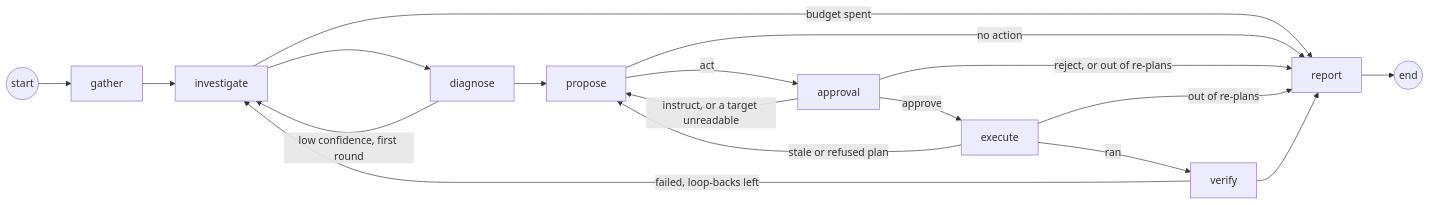
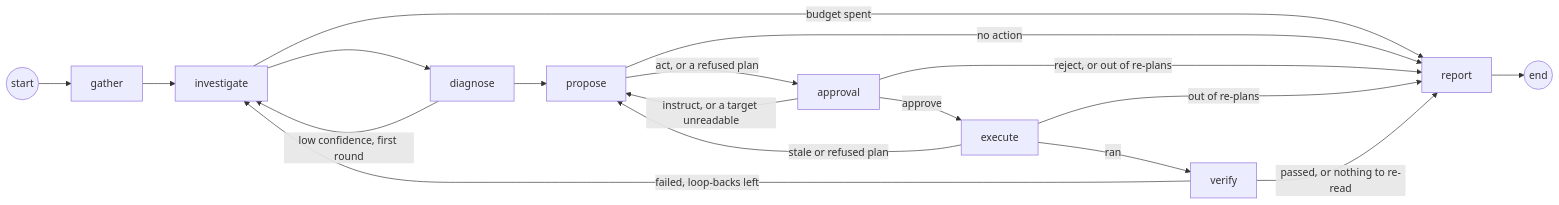
The diagram in docs/design/graph.md (DannyKuk/bleep), drawn with Mermaid before and after one commit. The commit also changed other lines of this file and 37 other files, not shown here.

Commit message:
Read every doc as a stranger and bring README, architecture, setup, demo and the design pages in line with the code, with a demo GIF, a security model and the MIT licence (#45) (#238)

````diff
--- a/docs/design/graph.md
+++ b/docs/design/graph.md
@@ -7,20 +7,20 @@
 ```mermaid
 flowchart LR
     S((start)) --> G[gather]
     G --> I[investigate]
     I -->|budget spent| R[report]
     I --> D[diagnose]
     D -->|low confidence, first round| I
     D --> P[propose]
     P -->|no action| R
-    P -->|act| A[approval]
+    P -->|act, or a refused plan| A[approval]
     A -->|instruct, or a target unreadable| P
     A -->|reject, or out of re-plans| R
     A -->|approve| X[execute]
     X -->|stale or refused plan| P
     X -->|out of re-plans| R
     X -->|ran| V[verify]
     V -->|failed, loop-backs left| I
-    V --> R
+    V -->|passed, or nothing to re-read| R
     R --> E((end))
 ```
````
